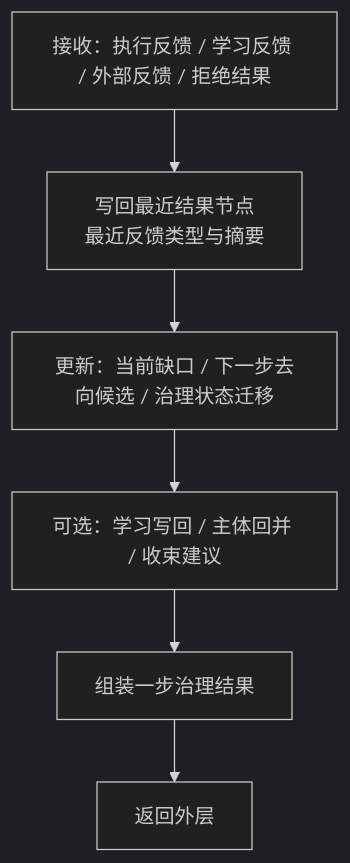
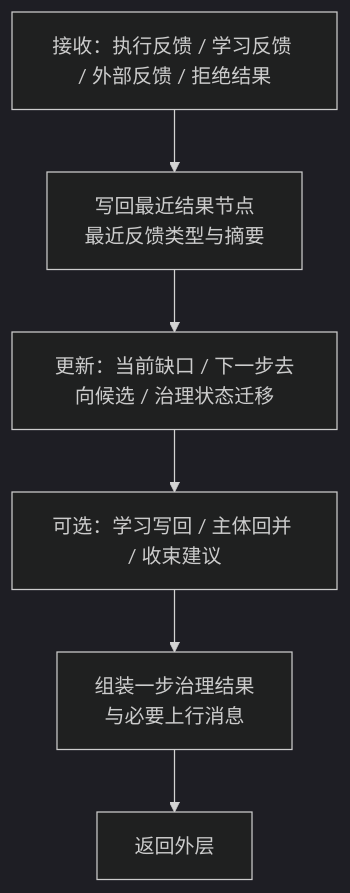
The sixth of 7 diagrams in 规范/1315_任务管理任务五模块流程规范.md (chunhaizh-cyber/Birthplace-of-digital-civilization), drawn with Mermaid (dark theme) before and after one commit. The commit also changed other lines of this file and 139 other files, not shown here.

````diff
--- a/规范/1315_任务管理任务五模块流程规范.md
+++ b/规范/1315_任务管理任务五模块流程规范.md
@@ -446,8 +592,8 @@
 ```mermaid
 flowchart TD
     A["接收：执行反馈 / 学习反馈 / 外部反馈 / 拒绝结果"] --> B["写回最近结果节点<br/>最近反馈类型与摘要"]
     B --> C["更新：当前缺口 / 下一步去向候选 / 治理状态迁移"]
     C --> D["可选：学习写回 / 主体回并 / 收束建议"]
-    D --> E["组装一步治理结果"]
+    D --> E["组装一步治理结果<br/>与必要上行消息"]
     E --> F["返回外层"]
 ```
````
